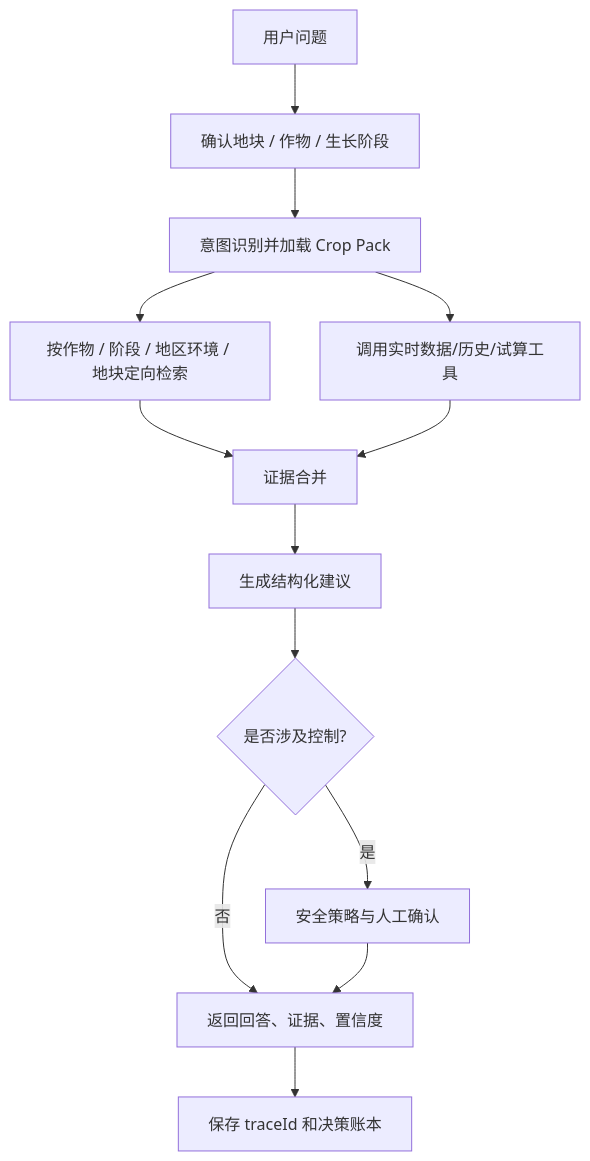
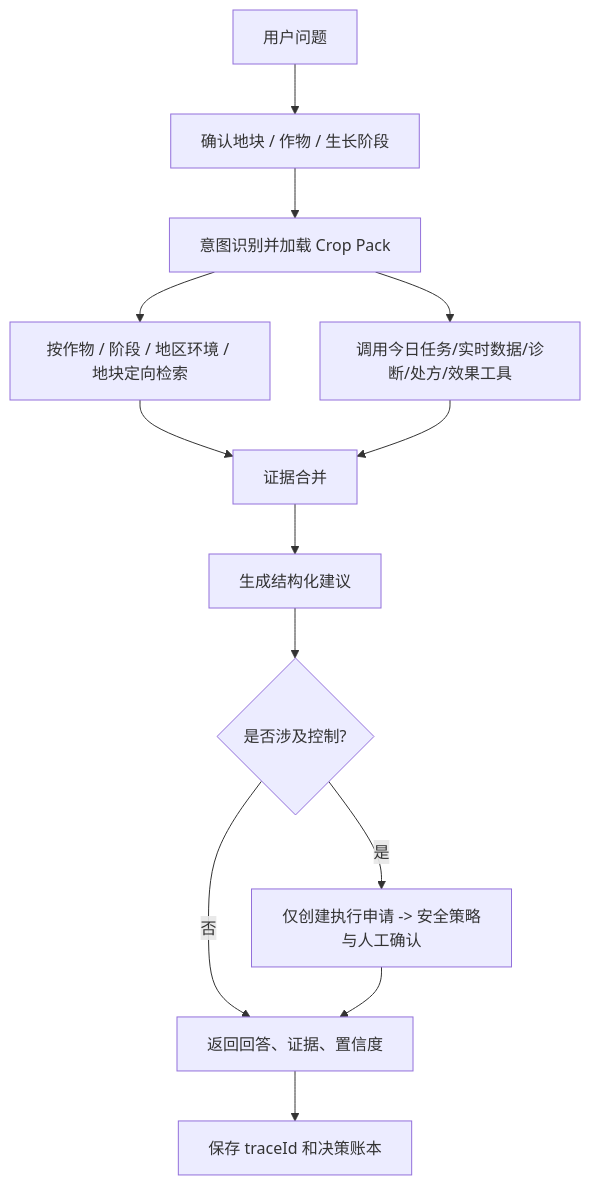
One commit to FlowerNeverFade/smart-agriculture changed the sixth of 7 diagrams in 04_智慧农业_大致路线与流程.md. Above: the diagram before and after it, drawn with Mermaid. The commit also changed other lines of this file and 6 other files, not shown here.

````diff
--- a/04_智慧农业_大致路线与流程.md
+++ b/04_智慧农业_大致路线与流程.md
@@ -134,15 +190,15 @@
 ```mermaid
 flowchart TD
     Q[用户问题] --> CTX[确认地块 / 作物 / 生长阶段]
     CTX --> N[意图识别并加载 Crop Pack]
     N --> R[按作物 / 阶段 / 地区环境 / 地块定向检索]
-    N --> T[调用实时数据/历史/试算工具]
+    N --> T[调用今日任务/实时数据/诊断/处方/效果工具]
     R --> E[证据合并]
     T --> E
     E --> G[生成结构化建议]
     G --> P{是否涉及控制?}
     P -- 否 --> O[返回回答、证据、置信度]
-    P -- 是 --> S[安全策略与人工确认]
+    P -- 是 --> S[仅创建执行申请 -> 安全策略与人工确认]
     S --> O
     O --> L[保存 traceId 和决策账本]
 ```
````
